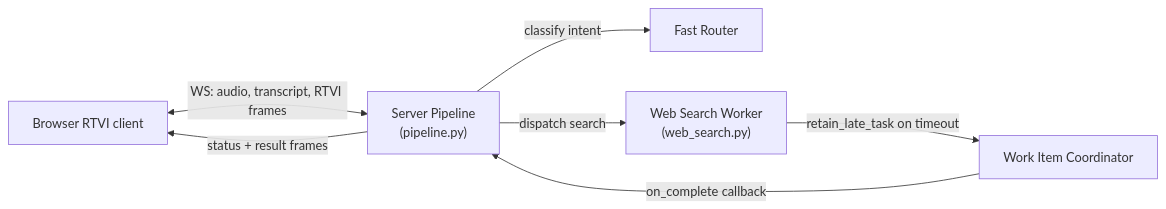
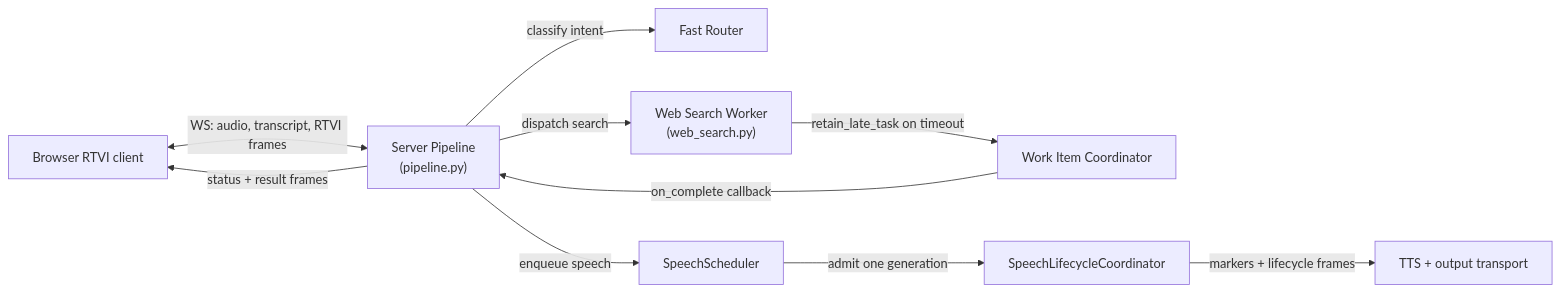
One commit to vr000m/pipecat-subagents-lab changed the first of 2 diagrams in docs/dev_plans/20260728-feature-early-ack-background-delivery-v0.1.3.md. Above: the diagram before and after it, drawn with Mermaid. The commit also changed other lines of this file, not shown here.

Commit message:
docs: align v0.1.3 plan with transport lifecycle

````diff
--- a/docs/dev_plans/20260728-feature-early-ack-background-delivery-v0.1.3.md
+++ b/docs/dev_plans/20260728-feature-early-ack-background-delivery-v0.1.3.md
@@ -37,9 +37,12 @@
 ```mermaid
 graph LR
     Browser["Browser RTVI client"] <-->|WS: audio, transcript, RTVI frames| Pipeline["Server Pipeline\n(pipeline.py)"]
     Pipeline -->|classify intent| Router["Fast Router"]
     Pipeline -->|dispatch search| Worker["Web Search Worker\n(web_search.py)"]
     Worker -->|retain_late_task on timeout| Coordinator["Work Item Coordinator"]
     Coordinator -->|on_complete callback| Pipeline
+    Pipeline -->|enqueue speech| Speech["SpeechScheduler"]
+    Speech -->|admit one generation| Lifecycle["SpeechLifecycleCoordinator"]
+    Lifecycle -->|markers + lifecycle frames| Transport["TTS + output transport"]
     Pipeline -->|status + result frames| Browser
 ```
````
